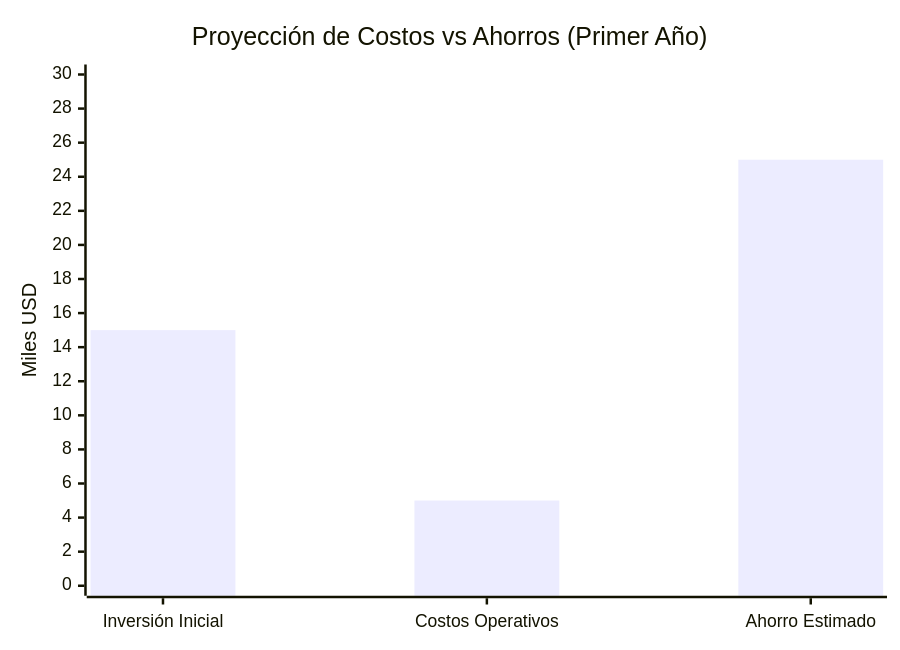
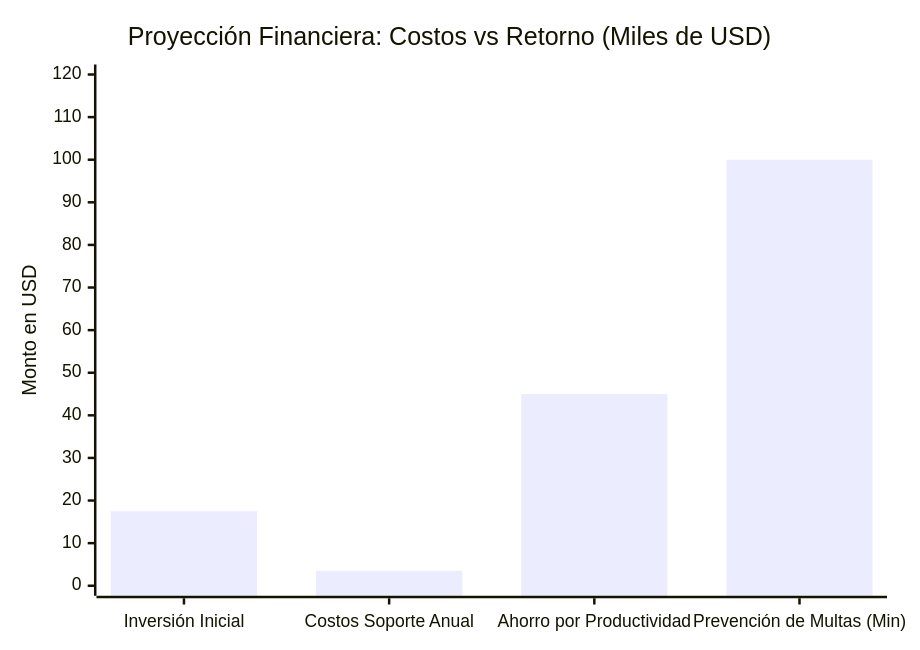
The second of 2 diagrams in docs/FD01-Informe-Factibilidad.md (UPT-FAING-EPIS/proyecto-si783-2026-i-u3-enmascaradazo_datos_u3), drawn with Mermaid before and after one commit. The commit also changed other lines of this file and 101 other files, not shown here.

````diff
--- a/docs/FD01-Informe-Factibilidad.md
+++ b/docs/FD01-Informe-Factibilidad.md
@@ -119,7 +88,7 @@
 ```mermaid
 xychart-beta
-    title "Proyección de Costos vs Ahorros (Primer Año)"
-    x-axis ["Inversión Inicial", "Costos Operativos", "Ahorro Estimado"]
-    y-axis "Miles USD" 0 --> 30
-    bar [15, 5, 25]
+    title "Proyección Financiera: Costos vs Retorno (Miles de USD)"
+    x-axis ["Inversión Inicial", "Costos Soporte Anual", "Ahorro por Productividad", "Prevención de Multas (Min)"]
+    y-axis "Monto en USD" 0 --> 120
+    bar [17.5, 3.5, 45, 100]
 ```
````
